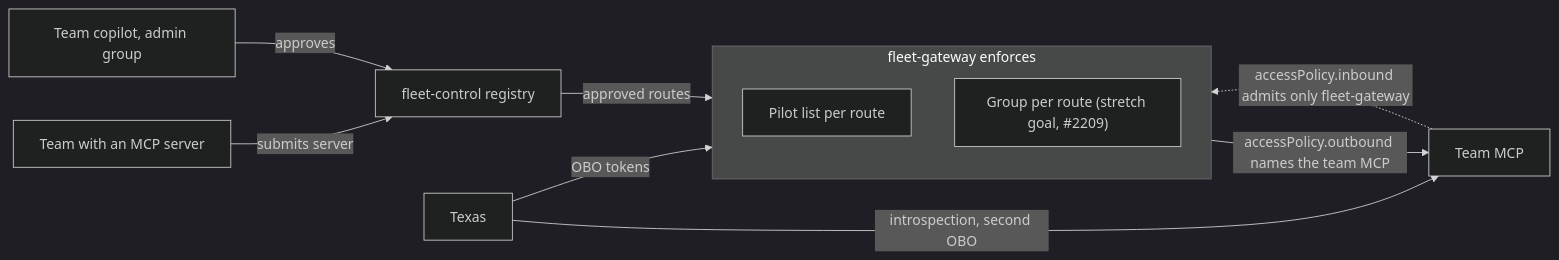
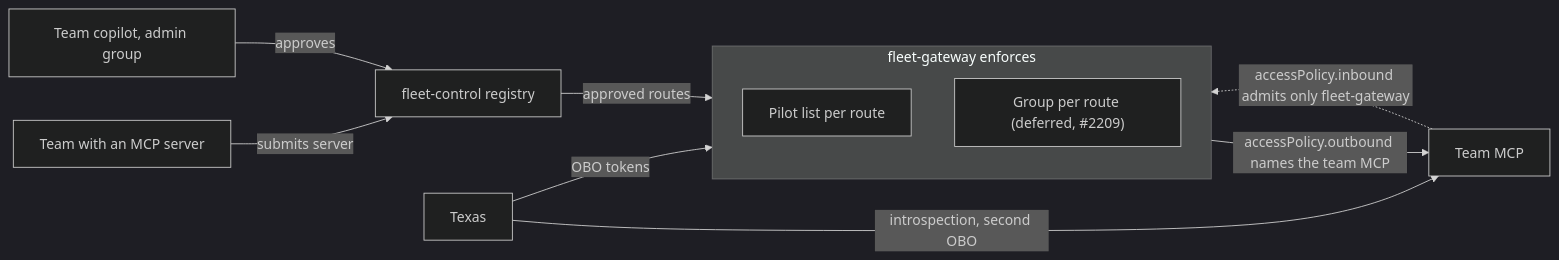
The second of 2 diagrams in docs/mcp-gateway-plan.md (navikt/copilot), drawn with Mermaid (dark theme) before and after one commit. The commit also changed other lines of this file, not shown here.

Commit message:
docs(fleet-gateway): mark per-route group check as deferred

````diff
--- a/docs/mcp-gateway-plan.md
+++ b/docs/mcp-gateway-plan.md
@@ -148,14 +148,14 @@
 ```mermaid
 flowchart LR
     Team[Team with an MCP server] -->|submits server| FC[fleet-control registry]
     Copilot[Team copilot, admin group] -->|approves| FC
     FC -->|approved routes| GW
     subgraph GW[fleet-gateway enforces]
         PL[Pilot list per route]
-        GR["Group per route (stretch goal, #2209)"]
+        GR["Group per route (deferred, #2209)"]
     end
     GW -->|"accessPolicy.outbound names the team MCP"| MCP[Team MCP]
     MCP -.->|"accessPolicy.inbound admits only fleet-gateway"| GW
     Texas[Texas] -->|OBO tokens| GW
     Texas -->|introspection, second OBO| MCP
 ```
````
